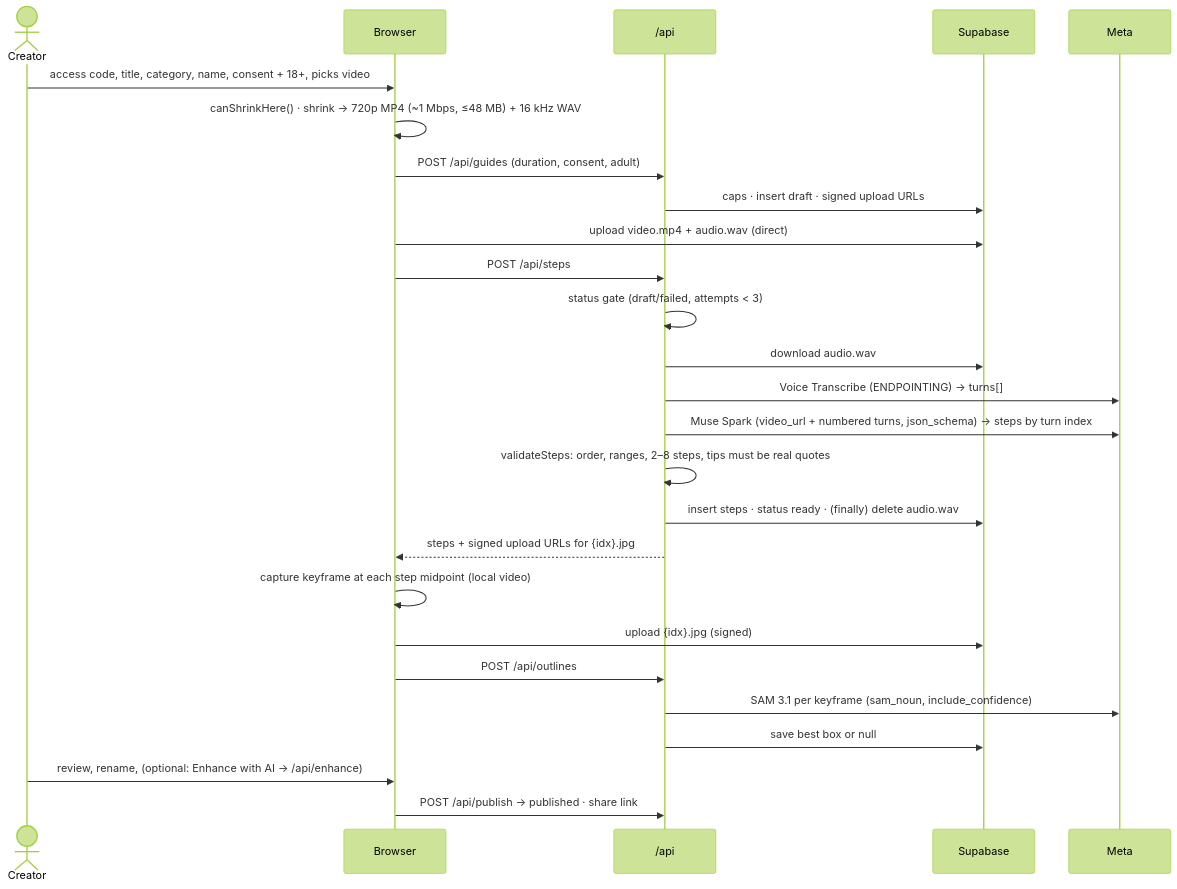
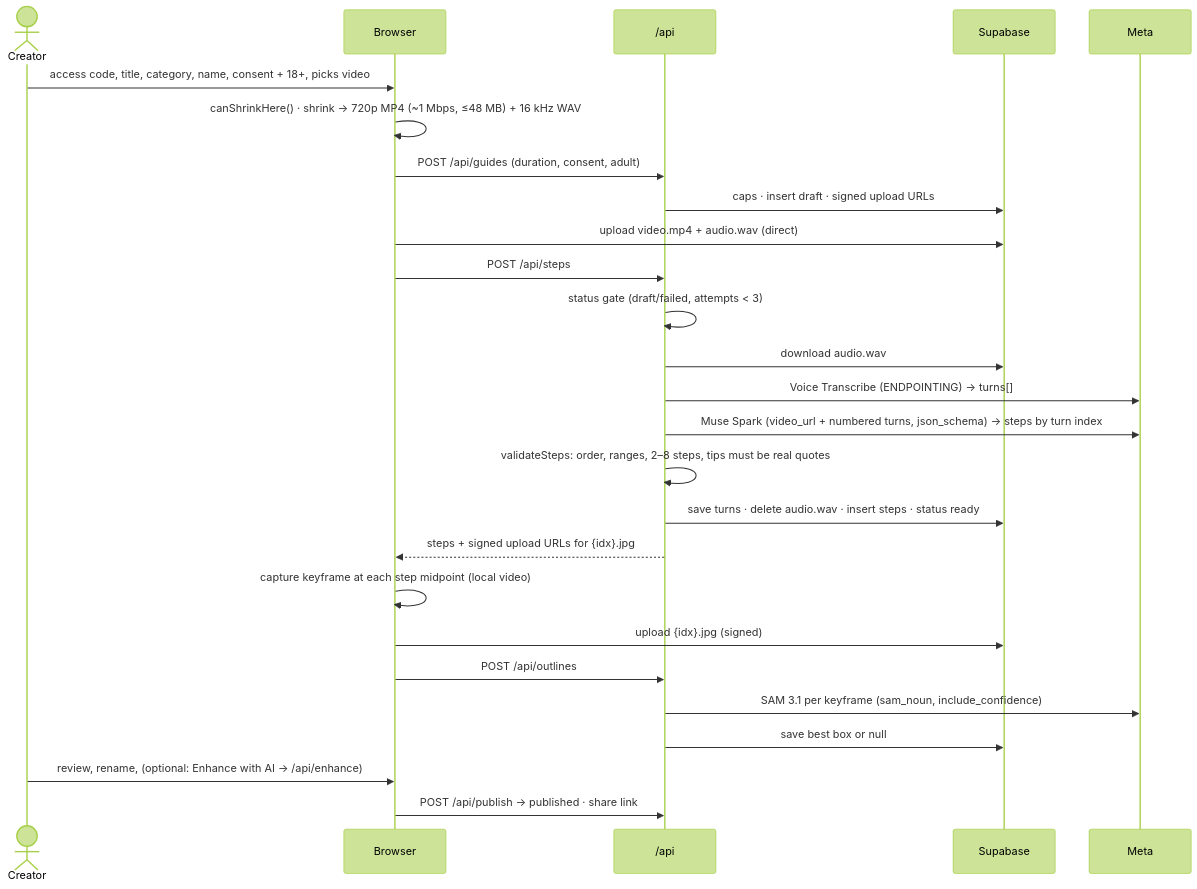
The third of 5 diagrams in apps/showhow/docs/ARCHITECTURE.md (muhammadtalhaishtiaq/goodfix), drawn with Mermaid (forest theme) before and after one commit. The commit also changed other lines of this file and 11 other files, not shown here.

Commit message:
T9: /api/steps with status gate, saved transcript, grounded validation; verified live (Spark reads Supabase URL, 28.6 s)

````diff
--- a/apps/showhow/docs/ARCHITECTURE.md
+++ b/apps/showhow/docs/ARCHITECTURE.md
@@ -168,28 +169,28 @@
 ```mermaid
 sequenceDiagram
   actor Cr as Creator
   participant B as Browser
   participant A as /api
   participant S as Supabase
   participant M as Meta
   Cr->>B: access code, title, category, name, consent + 18+, picks video
   B->>B: canShrinkHere() · shrink → 720p MP4 (~1 Mbps, ≤48 MB) + 16 kHz WAV
   B->>A: POST /api/guides (duration, consent, adult)
   A->>S: caps · insert draft · signed upload URLs
   B->>S: upload video.mp4 + audio.wav (direct)
   B->>A: POST /api/steps
   A->>A: status gate (draft/failed, attempts < 3)
   A->>S: download audio.wav
   A->>M: Voice Transcribe (ENDPOINTING) → turns[]
   A->>M: Muse Spark (video_url + numbered turns, json_schema) → steps by turn index
   A->>A: validateSteps: order, ranges, 2–8 steps, tips must be real quotes
-  A->>S: insert steps · status ready · (finally) delete audio.wav
+  A->>S: save turns · delete audio.wav · insert steps · status ready
   A-->>B: steps + signed upload URLs for {idx}.jpg
   B->>B: capture keyframe at each step midpoint (local video)
   B->>S: upload {idx}.jpg (signed)
   B->>A: POST /api/outlines
   A->>M: SAM 3.1 per keyframe (sam_noun, include_confidence)
   A->>S: save best box or null
   Cr->>B: review, rename, (optional: Enhance with AI → /api/enhance)
   B->>A: POST /api/publish → published · share link
 ```
````
